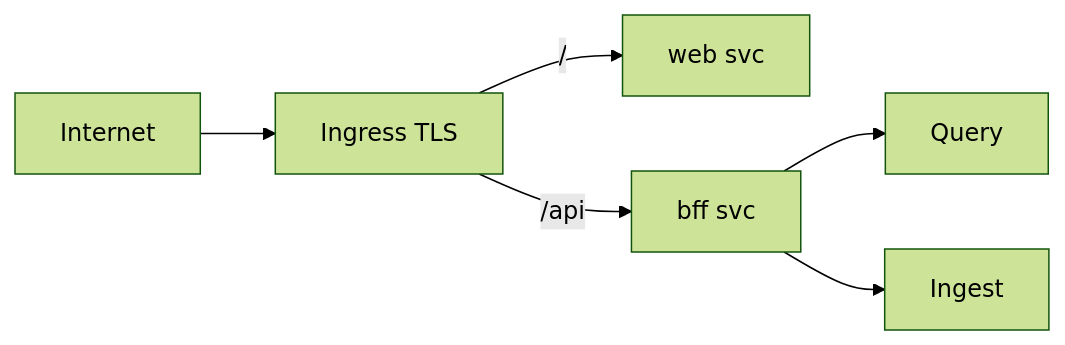
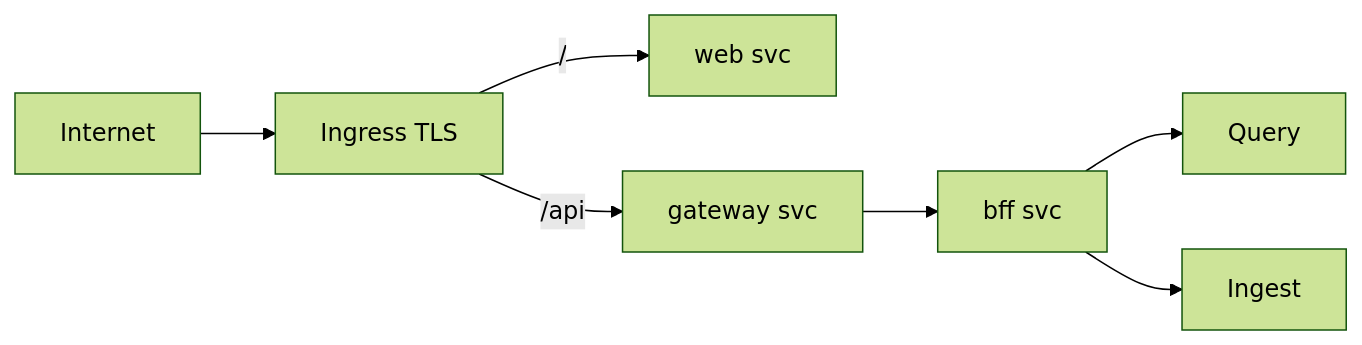
The second of 2 diagrams in docs/architecture/09-deployment.md (Chuchoss/it-labor-pulse), drawn with Mermaid (forest theme) before and after one commit. The commit also changed other lines of this file and 38 other files, not shown here.

First line of the commit message:
feat(gateway): add edge API gateway in front of BFF

````diff
--- a/docs/architecture/09-deployment.md
+++ b/docs/architecture/09-deployment.md
@@ -81,8 +84,9 @@
 ```mermaid
 flowchart LR
   Inet[Internet] --> Ing[Ingress TLS]
   Ing -->|/| Web[web svc]
-  Ing -->|/api| BFF[bff svc]
+  Ing -->|/api| GW[gateway svc]
+  GW --> BFF[bff svc]
   BFF --> Query
   BFF --> Ingest
 ```
````
